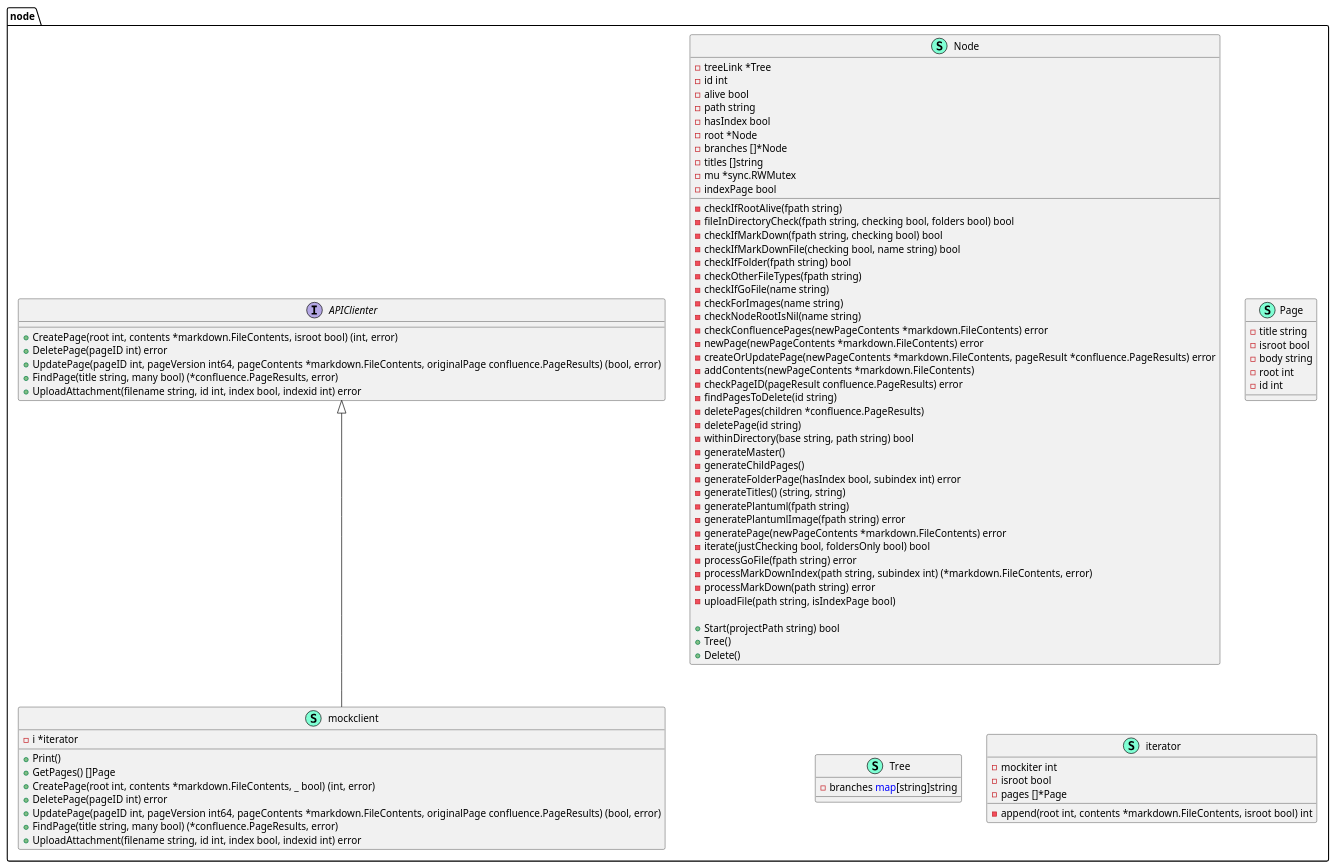
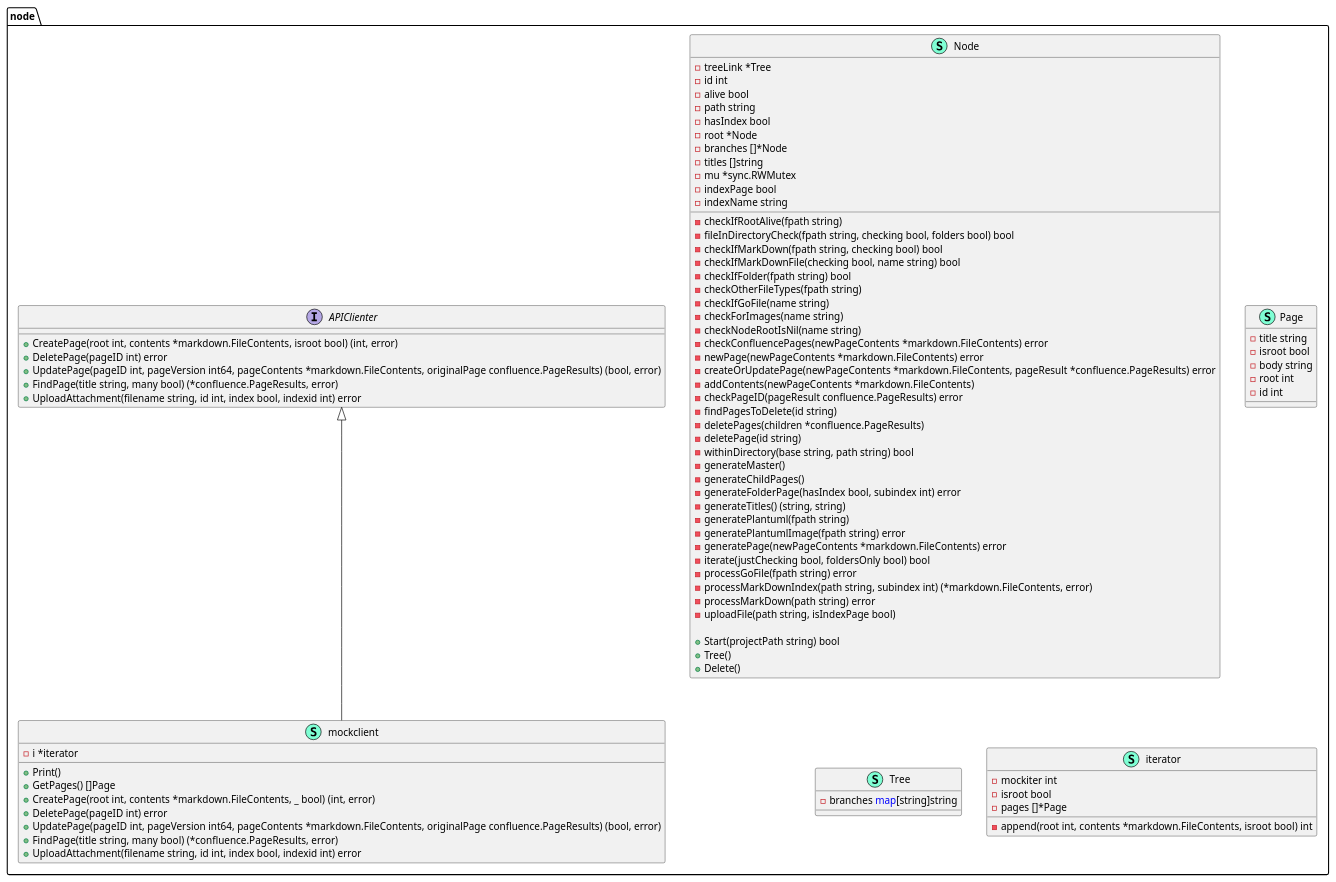
The diagram in node/node-pumldiagram.puml (xiatechs/markdown-to-confluence), drawn with PlantUML before and after one commit. The commit also changed 9 other files, not shown here.

```diff
--- a/node/node-pumldiagram.puml
+++ b/node/node-pumldiagram.puml
@@ -1,95 +1,96 @@
 @startuml
 namespace node {
     interface APIClienter  {
         + CreatePage(root int, contents *markdown.FileContents, isroot bool) (int, error)
         + DeletePage(pageID int) error
         + UpdatePage(pageID int, pageVersion int64, pageContents *markdown.FileContents, originalPage confluence.PageResults) (bool, error)
         + FindPage(title string, many bool) (*confluence.PageResults, error)
         + UploadAttachment(filename string, id int, index bool, indexid int) error
 
     }
     class Node << (S,Aquamarine) >> {
         - treeLink *Tree
         - id int
         - alive bool
         - path string
         - hasIndex bool
         - root *Node
         - branches []*Node
         - titles []string
         - mu *sync.RWMutex
         - indexPage bool
+        - indexName string
 
         - checkIfRootAlive(fpath string) 
         - fileInDirectoryCheck(fpath string, checking bool, folders bool) bool
         - checkIfMarkDown(fpath string, checking bool) bool
         - checkIfMarkDownFile(checking bool, name string) bool
         - checkIfFolder(fpath string) bool
         - checkOtherFileTypes(fpath string) 
         - checkIfGoFile(name string) 
         - checkForImages(name string) 
         - checkNodeRootIsNil(name string) 
         - checkConfluencePages(newPageContents *markdown.FileContents) error
         - newPage(newPageContents *markdown.FileContents) error
         - createOrUpdatePage(newPageContents *markdown.FileContents, pageResult *confluence.PageResults) error
         - addContents(newPageContents *markdown.FileContents) 
         - checkPageID(pageResult confluence.PageResults) error
         - findPagesToDelete(id string) 
         - deletePages(children *confluence.PageResults) 
         - deletePage(id string) 
         - withinDirectory(base string, path string) bool
         - generateMaster() 
         - generateChildPages() 
         - generateFolderPage(hasIndex bool, subindex int) error
         - generateTitles() (string, string)
         - generatePlantuml(fpath string) 
         - generatePlantumlImage(fpath string) error
         - generatePage(newPageContents *markdown.FileContents) error
         - iterate(justChecking bool, foldersOnly bool) bool
         - processGoFile(fpath string) error
         - processMarkDownIndex(path string, subindex int) (*markdown.FileContents, error)
         - processMarkDown(path string) error
         - uploadFile(path string, isIndexPage bool) 
 
         + Start(projectPath string) bool
         + Tree() 
         + Delete() 
 
     }
     class Page << (S,Aquamarine) >> {
         - title string
         - isroot bool
         - body string
         - root int
         - id int
 
     }
     class Tree << (S,Aquamarine) >> {
         - branches <font color=blue>map</font>[string]string
 
     }
     class iterator << (S,Aquamarine) >> {
         - mockiter int
         - isroot bool
         - pages []*Page
 
         - append(root int, contents *markdown.FileContents, isroot bool) int
 
     }
     class mockclient << (S,Aquamarine) >> {
         - i *iterator
 
         + Print() 
         + GetPages() []Page
         + CreatePage(root int, contents *markdown.FileContents, _ bool) (int, error)
         + DeletePage(pageID int) error
         + UpdatePage(pageID int, pageVersion int64, pageContents *markdown.FileContents, originalPage confluence.PageResults) (bool, error)
         + FindPage(title string, many bool) (*confluence.PageResults, error)
         + UploadAttachment(filename string, id int, index bool, indexid int) error
 
     }
 }
 
 "node.APIClienter" <|-- "node.mockclient"
 
 @enduml
```
